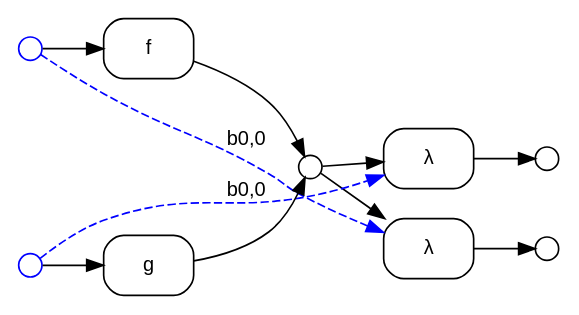
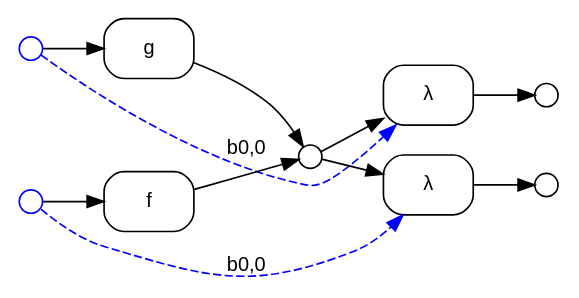
Before and after one commit to ammatsui/bhypvis: the diagram in safety_unsafe_crossing_binders.dot, drawn with Graphviz. The commit also changed other lines of this file and 765 other files, not shown here.

```diff
--- a/safety_unsafe_crossing_binders.dot
+++ b/safety_unsafe_crossing_binders.dot
@@ -1,34 +1,34 @@
 digraph G {
   fontname="Helvetica"
   fontsize=12
   rankdir=LR;
   node [fontname="Helvetica", fontsize=12];
   edge [fontname="Helvetica", fontsize=12];
 
   // Nodes
   n3 [label="", shape=circle, style=filled, fillcolor=white, color="black", width=0.2, height=0.2, fixedsize=true];
+  n1 [label="", shape=circle, style=filled, fillcolor=white, color="blue", width=0.2, height=0.2, fixedsize=true];
+  n2 [label="", shape=circle, style=filled, fillcolor=white, color="black", width=0.2, height=0.2, fixedsize=true];
+  n0 [label="", shape=circle, style=filled, fillcolor=white, color="blue", width=0.2, height=0.2, fixedsize=true];
   n4 [label="", shape=circle, style=filled, fillcolor=white, color="black", width=0.2, height=0.2, fixedsize=true];
-  n0 [label="", shape=circle, style=filled, fillcolor=white, color="blue", width=0.2, height=0.2, fixedsize=true];
-  n2 [label="", shape=circle, style=filled, fillcolor=white, color="black", width=0.2, height=0.2, fixedsize=true];
-  n1 [label="", shape=circle, style=filled, fillcolor=white, color="blue", width=0.2, height=0.2, fixedsize=true];
 
   // Hyperedges
+  e1 [label="g", shape=box, style=rounded, color="black"];
+  e3 [label="λ", shape=box, style=rounded, color="black"];
   e0 [label="f", shape=box, style=rounded, color="black"];
-  e3 [label="λ", shape=box, style=rounded, color="black"];
-  e1 [label="g", shape=box, style=rounded, color="black"];
   e2 [label="λ", shape=box, style=rounded, color="black"];
 
   // Source connections
-  n0 -> e0 [label=""];
+  n1 -> e1 [label=""];
   n2 -> e3 [label=""];
   n1 -> e3 [style=dashed, color="blue", constraint=false, label="b0,0"];
-  n1 -> e1 [label=""];
+  n0 -> e0 [label=""];
   n2 -> e2 [label=""];
   n0 -> e2 [style=dashed, color="blue", constraint=false, label="b0,0"];
 
   // Target connections
+  e1 -> n2 [label=""];
+  e3 -> n4 [label=""];
   e0 -> n2 [label=""];
-  e3 -> n4 [label=""];
-  e1 -> n2 [label=""];
   e2 -> n3 [label=""];
 }
```
